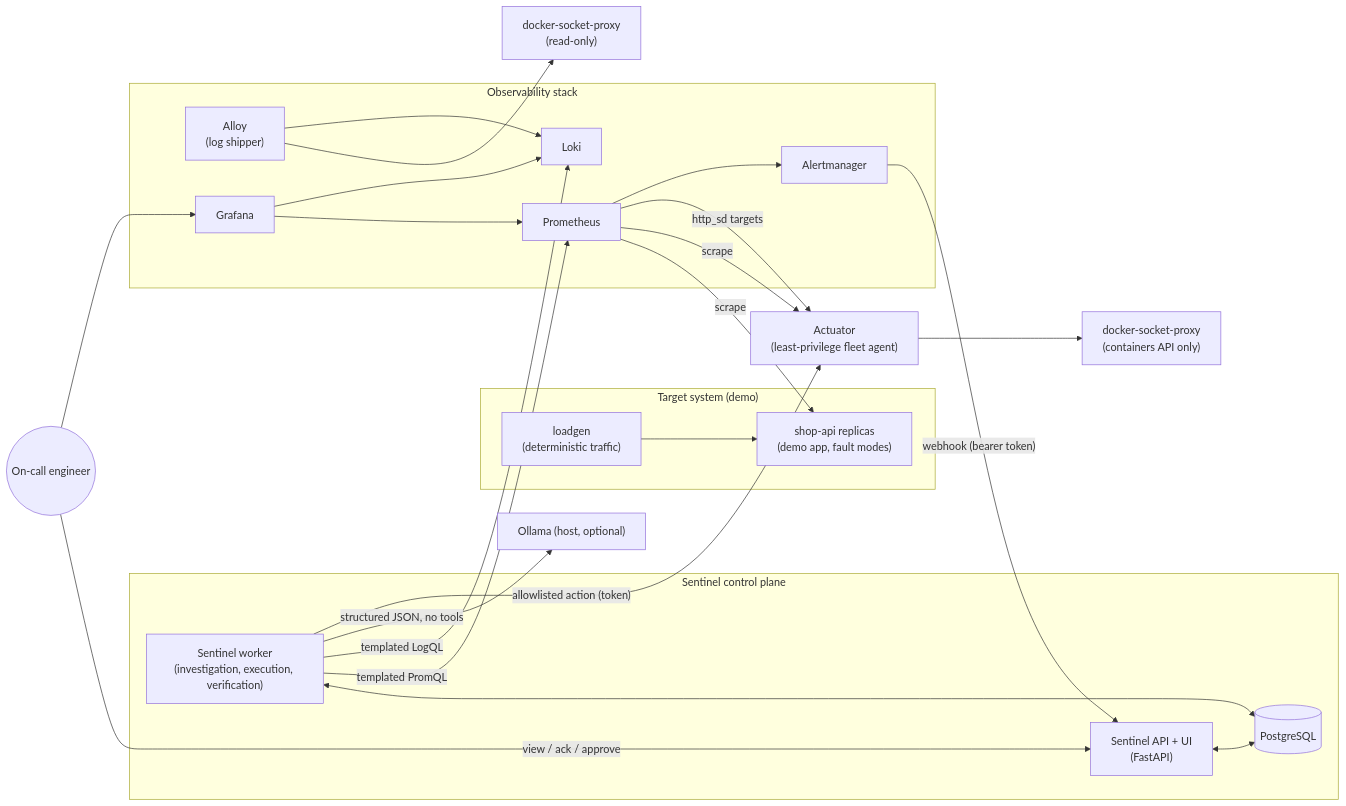
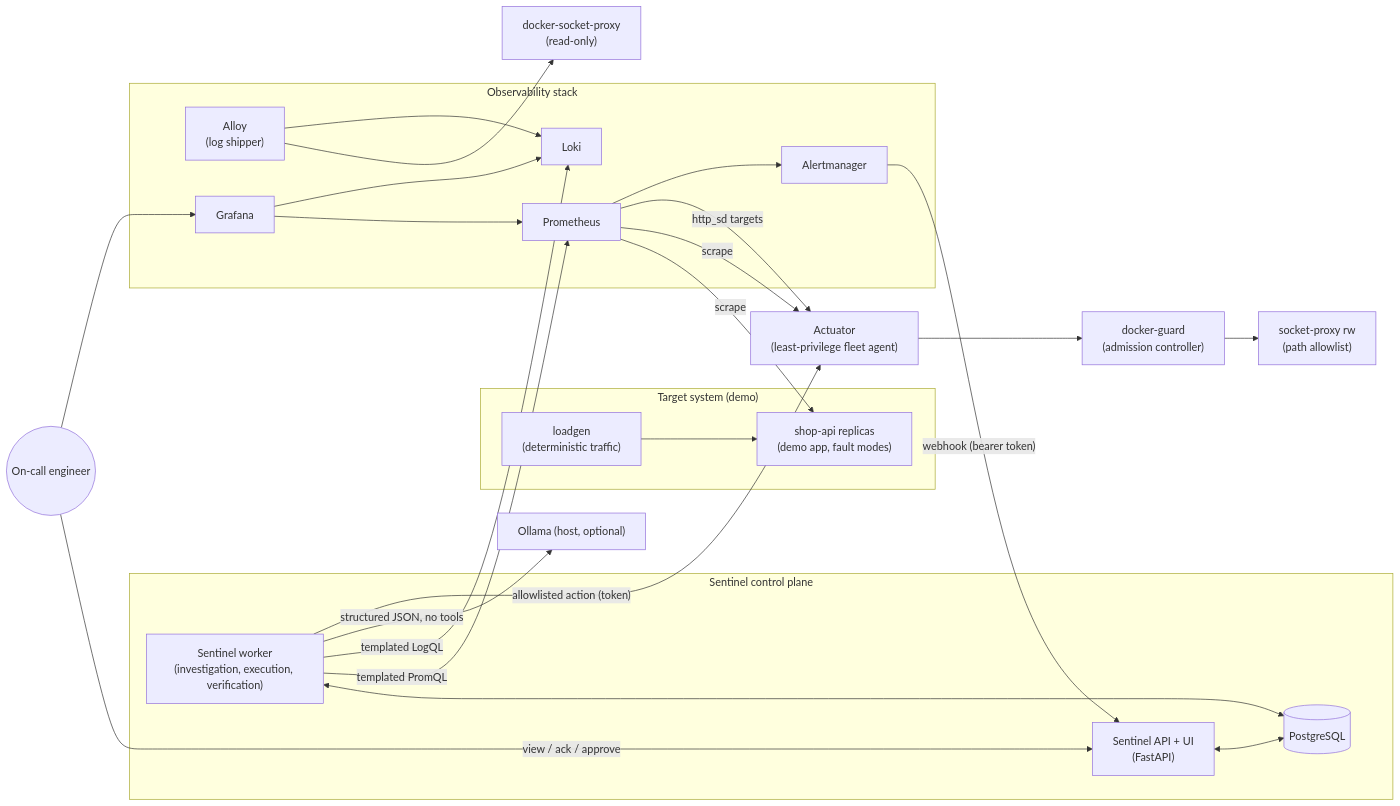
One commit to Akanksha1809/Sentinel-AI-SRE changed the first of 2 diagrams in docs/architecture.md. Above: the diagram before and after it, drawn with Mermaid. The commit also changed other lines of this file and 62 other files, not shown here.

````diff
--- a/docs/architecture.md
+++ b/docs/architecture.md
@@ -64,46 +64,47 @@
 ```mermaid
 flowchart LR
     subgraph Target["Target system (demo)"]
         APP["shop-api replicas<br/>(demo app, fault modes)"]
         LG["loadgen<br/>(deterministic traffic)"]
     end
 
     subgraph Obs["Observability stack"]
         PROM[Prometheus]
         AM[Alertmanager]
         LOKI[Loki]
         ALLOY["Alloy<br/>(log shipper)"]
         GRAF[Grafana]
     end
 
     subgraph Sentinel["Sentinel control plane"]
         API["Sentinel API + UI<br/>(FastAPI)"]
         WORK["Sentinel worker<br/>(investigation, execution, verification)"]
         PG[(PostgreSQL)]
     end
 
     ACT["Actuator<br/>(least-privilege fleet agent)"]
-    DSP_RW["docker-socket-proxy<br/>(containers API only)"]
+    GUARD["docker-guard<br/>(admission controller)"]
+    DSP_RW["socket-proxy rw<br/>(path allowlist)"]
     DSP_RO["docker-socket-proxy<br/>(read-only)"]
     OLL["Ollama (host, optional)"]
     HUMAN((On-call engineer))
 
     LG --> APP
     PROM -- scrape --> APP
     PROM -- scrape --> ACT
     PROM -- http_sd targets --> ACT
     PROM --> AM
     AM -- "webhook (bearer token)" --> API
     ALLOY --> DSP_RO
     ALLOY --> LOKI
     GRAF --> PROM & LOKI
     API <--> PG
     WORK <--> PG
     WORK -- "templated PromQL" --> PROM
     WORK -- "templated LogQL" --> LOKI
     WORK -- "structured JSON, no tools" --> OLL
     WORK -- "allowlisted action (token)" --> ACT
-    ACT --> DSP_RW
+    ACT --> GUARD --> DSP_RW
     HUMAN -- "view / ack / approve" --> API
     HUMAN --> GRAF
 ```
````
